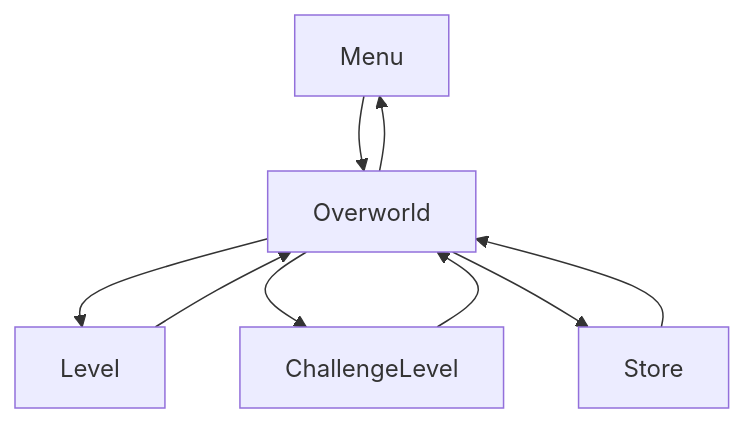
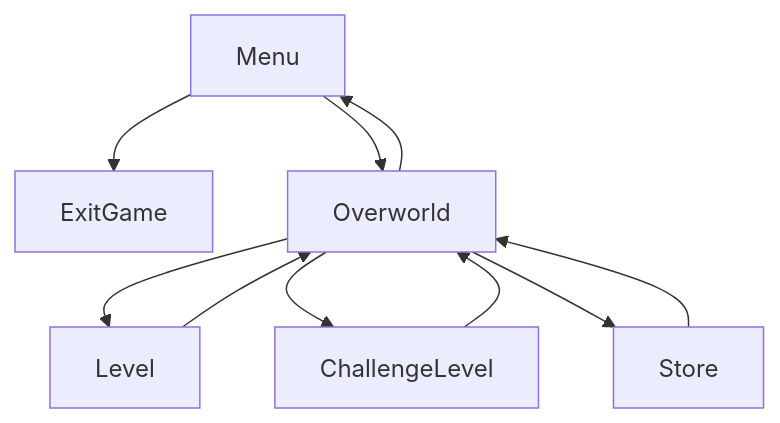
Before and after one commit to toninhoPinto/fighting-game: the diagram in README.md, drawn with Mermaid.

````diff
--- a/README.md
+++ b/README.md
@@ -13,11 +13,12 @@
 ```mermaid
   graph TD;
+      Menu-->ExitGame
       Menu-->Overworld;
       Overworld-->Level;
       Overworld-->ChallengeLevel;
       Overworld-->Store;
       Overworld-->Menu;
       ChallengeLevel-->Overworld;
       Store-->Overworld;
       Level-->Overworld;
 ```
````
